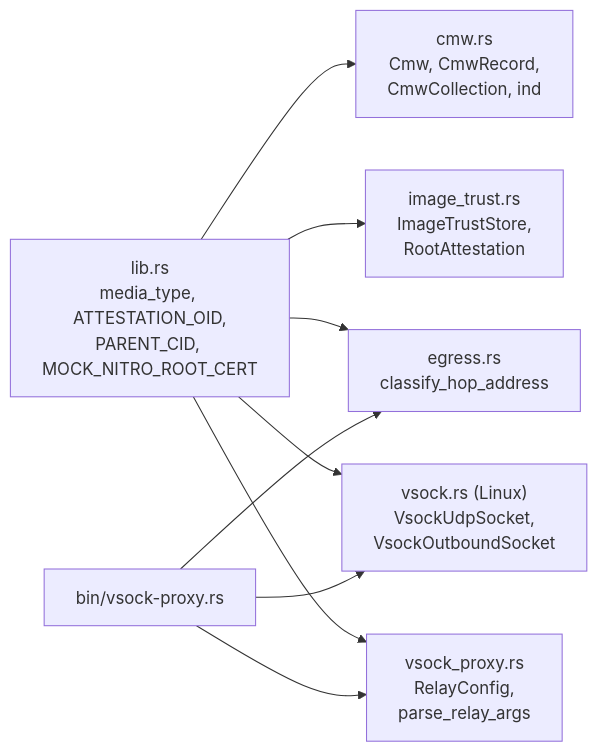
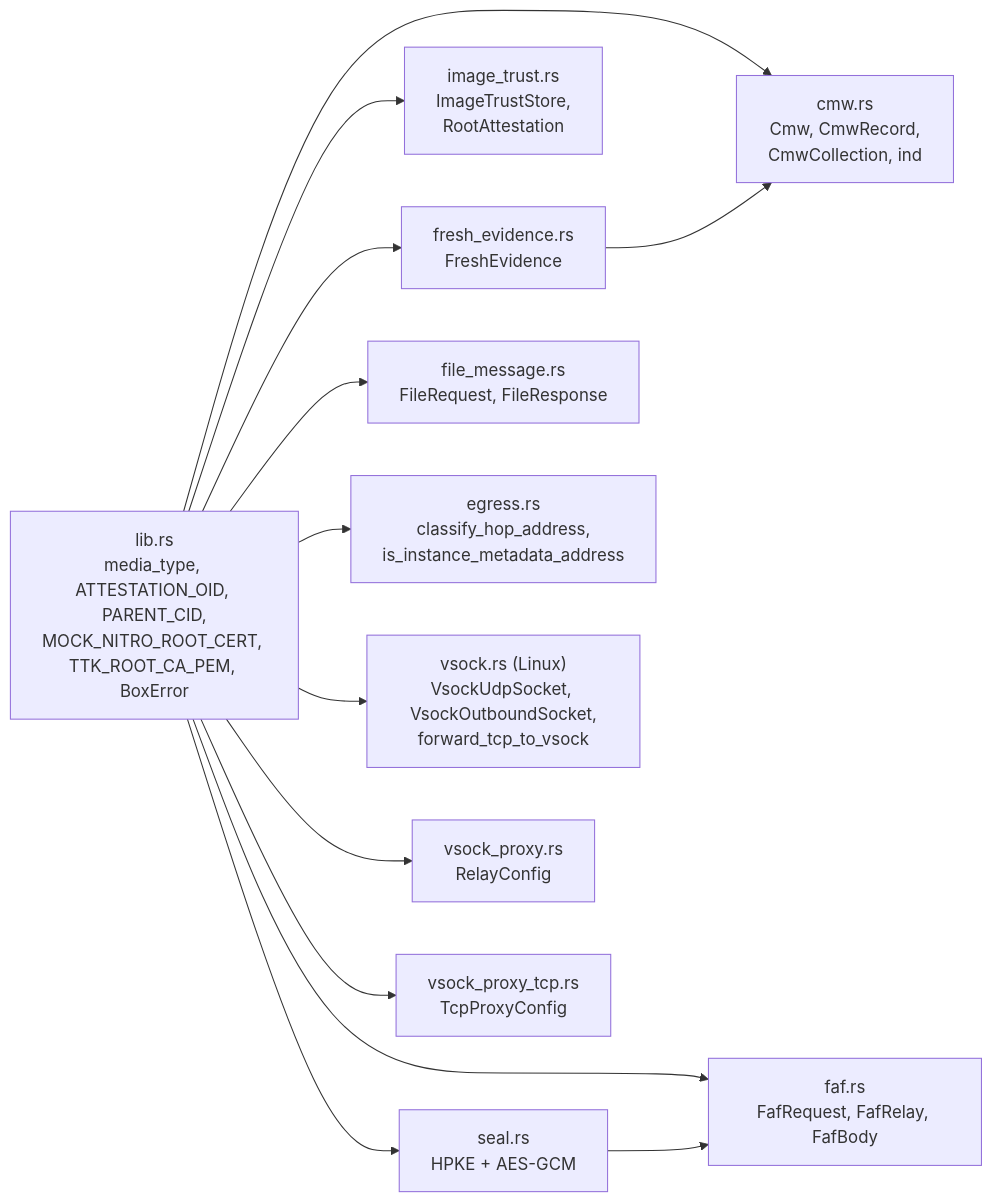
Before and after one commit to Lanetus/TTKServer: the diagram in docs/src/core.md, drawn with Mermaid. The commit also changed other lines of this file and 14 other files, not shown here.

First line of the commit message:
feat: update the mdBook architecture docs to the current workspace (#94)

````diff
--- a/docs/src/core.md
+++ b/docs/src/core.md
@@ -11,15 +11,18 @@
 ```mermaid
 flowchart LR
-    lib["lib.rs<br/>media_type, ATTESTATION_OID,<br/>PARENT_CID, MOCK_NITRO_ROOT_CERT"]
+    lib["lib.rs<br/>media_type, ATTESTATION_OID, PARENT_CID,<br/>MOCK_NITRO_ROOT_CERT, TTK_ROOT_CA_PEM, BoxError"]
     cmw["cmw.rs<br/>Cmw, CmwRecord,<br/>CmwCollection, ind"]
+    fresh["fresh_evidence.rs<br/>FreshEvidence"]
     img["image_trust.rs<br/>ImageTrustStore,<br/>RootAttestation"]
-    egress["egress.rs<br/>classify_hop_address"]
-    vsock["vsock.rs (Linux)<br/>VsockUdpSocket,<br/>VsockOutboundSocket"]
-    vpc["vsock_proxy.rs<br/>RelayConfig,<br/>parse_relay_args"]
-    bin["bin/vsock-proxy.rs"]
+    faf["faf.rs<br/>FafRequest, FafRelay, FafBody"]
+    seal["seal.rs<br/>HPKE + AES-GCM"]
+    fm["file_message.rs<br/>FileRequest, FileResponse"]
+    egress["egress.rs<br/>classify_hop_address,<br/>is_instance_metadata_address"]
+    vsock["vsock.rs (Linux)<br/>VsockUdpSocket, VsockOutboundSocket,<br/>forward_tcp_to_vsock"]
+    vpc["vsock_proxy.rs<br/>RelayConfig"]
+    vpt["vsock_proxy_tcp.rs<br/>TcpProxyConfig"]
 
-    lib --> cmw & img & egress & vsock & vpc
-    bin --> vpc
-    bin --> vsock
-    bin --> egress
+    lib --> cmw & fresh & img & faf & seal & fm & egress & vsock & vpc & vpt
+    fresh --> cmw
+    seal --> faf
 ```
````
